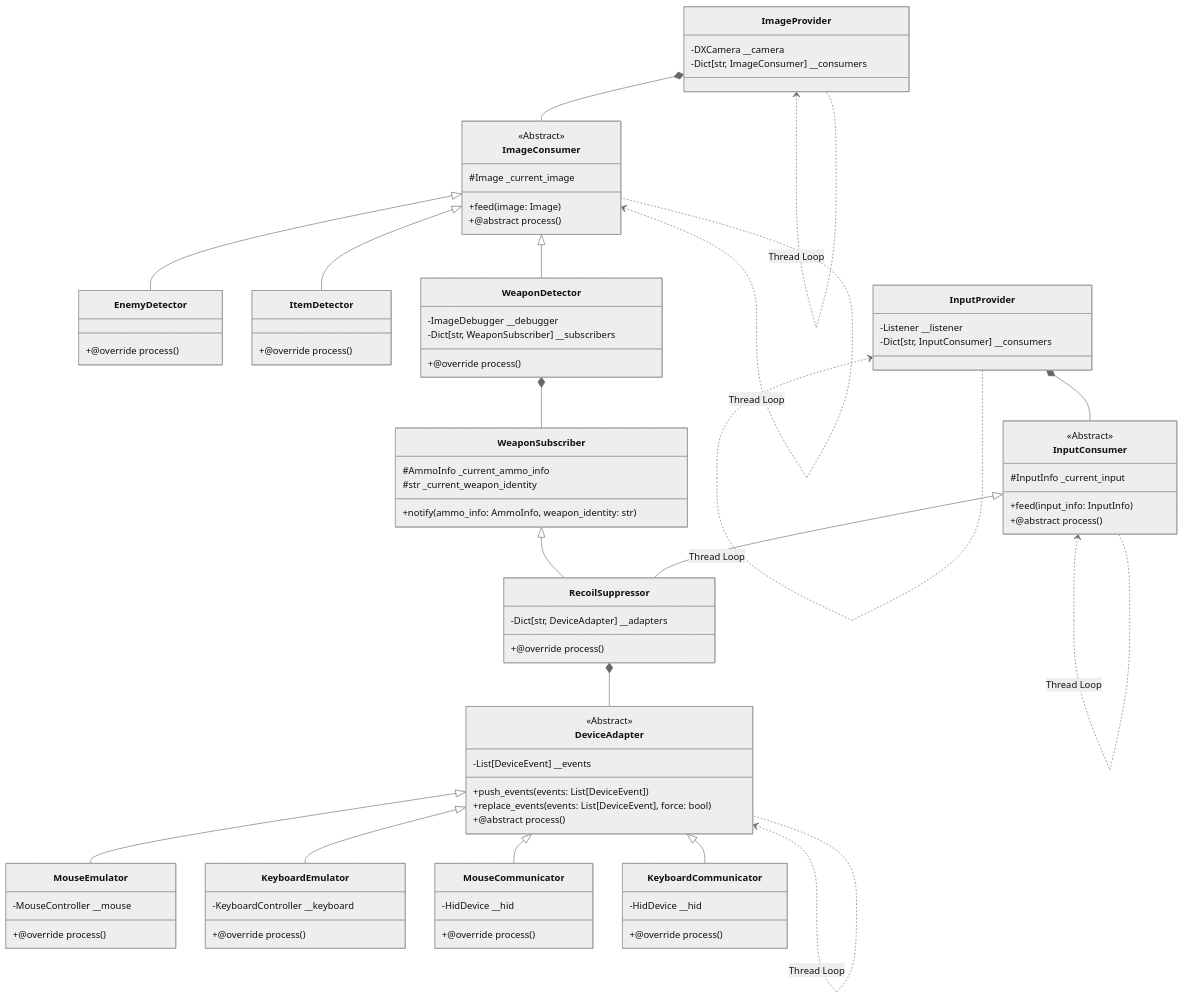
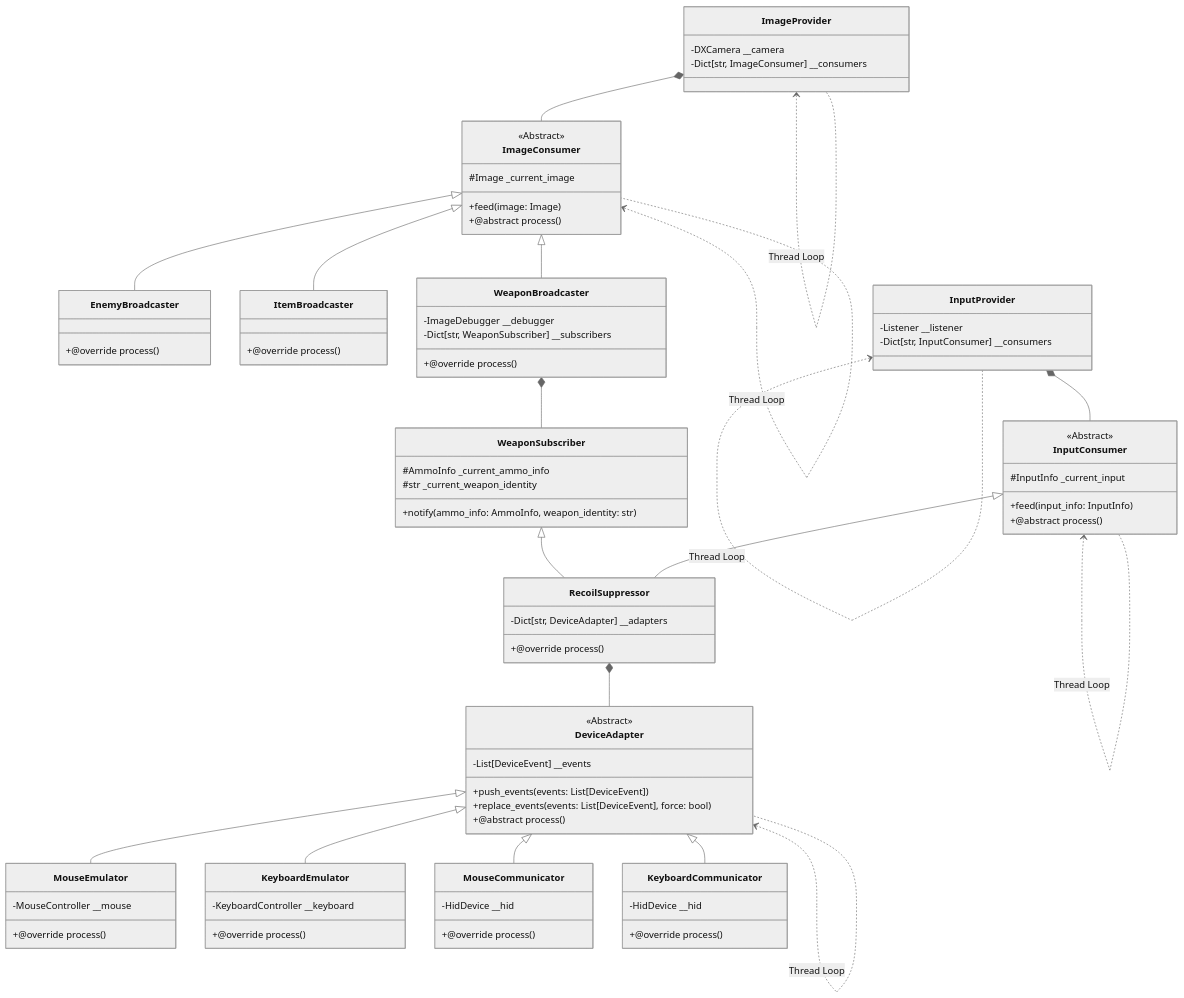
One commit to STEA-TEAM/apex_helper changed the diagram in wiki/SystemDesign.md. Above: the diagram before and after it, drawn with Mermaid (neutral theme). The commit also changed other lines of this file and 19 other files, not shown here.

```diff
--- a/wiki/SystemDesign.md
+++ b/wiki/SystemDesign.md
@@ -16,26 +16,26 @@
     }
     ImageConsumer <.. ImageConsumer: Thread Loop
     ImageProvider *-- ImageConsumer
-    class EnemyDetector {
+    class EnemyBroadcaster {
         +@override process()
     }
-    class ItemDetector {
+    class ItemBroadcaster {
         +@override process()
     }
-    class WeaponDetector {
+    class WeaponBroadcaster {
         -ImageDebugger __debugger
         -Dict[str, WeaponSubscriber] __subscribers
         +@override process()
     }
-    ImageConsumer <|-- EnemyDetector
-    ImageConsumer <|-- ItemDetector
-    ImageConsumer <|-- WeaponDetector
+    ImageConsumer <|-- EnemyBroadcaster
+    ImageConsumer <|-- ItemBroadcaster
+    ImageConsumer <|-- WeaponBroadcaster
     class WeaponSubscriber {
         #AmmoInfo _current_ammo_info
         #str _current_weapon_identity
         +notify(ammo_info: AmmoInfo, weapon_identity: str)
     }
-    WeaponDetector *-- WeaponSubscriber
+    WeaponBroadcaster *-- WeaponSubscriber
 
     class InputProvider {
         -Listener __listener
```
